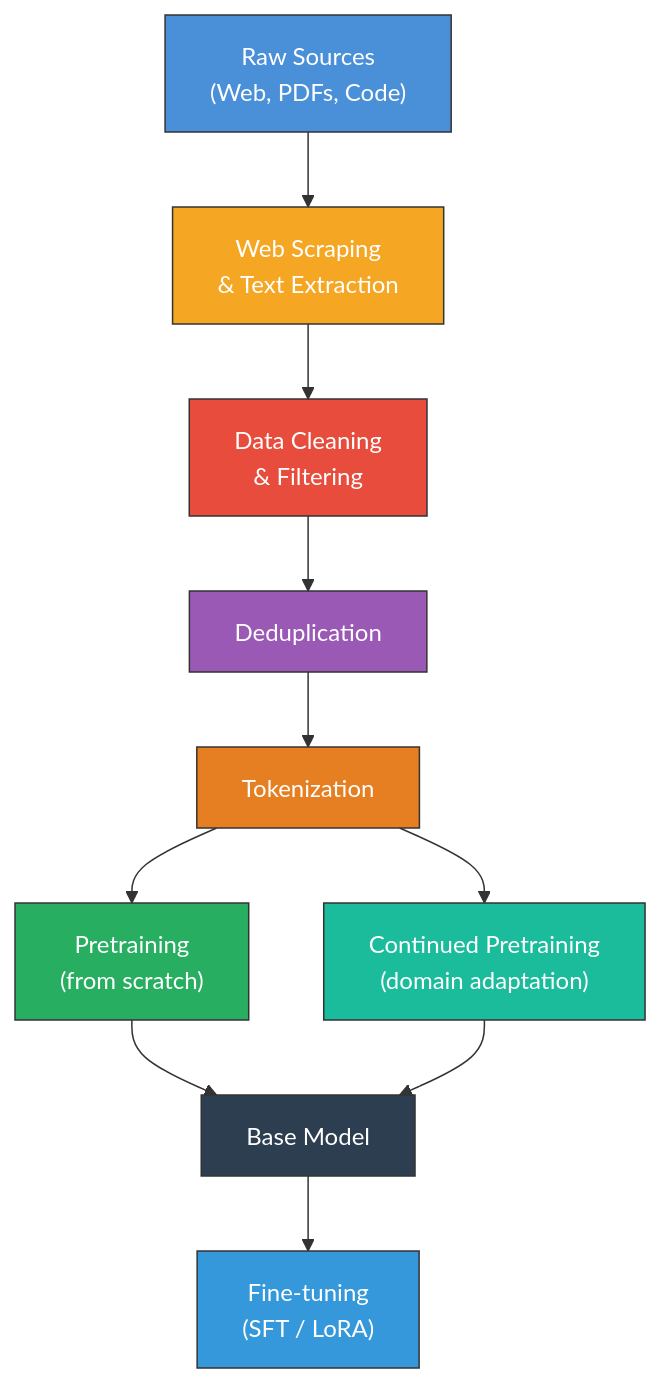
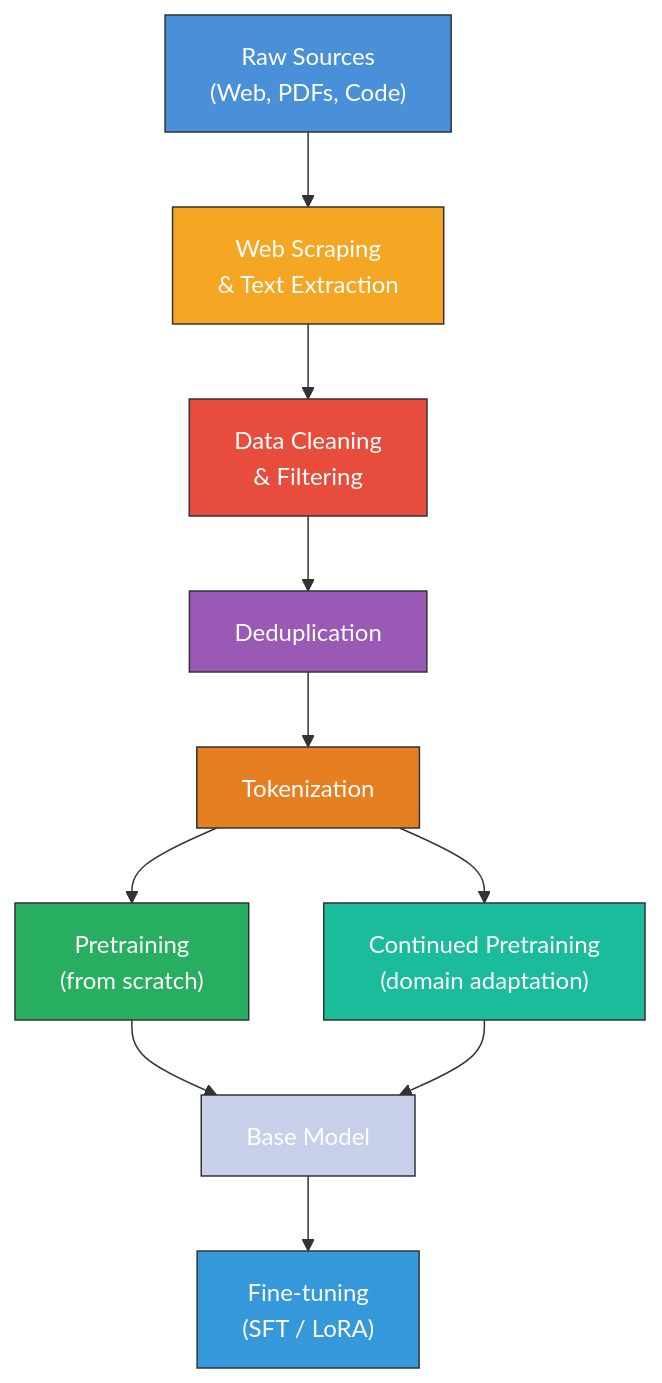
The first of 9 diagrams in posts/llm/Pre-training LLMs from Scratch.qmd (tanquangduong/tanquangduong.github.io), drawn with Mermaid before and after one commit. The commit also changed other lines of this file and 87 other files, not shown here.

````diff
--- a/posts/llm/Pre-training LLMs from Scratch.qmd
+++ b/posts/llm/Pre-training LLMs from Scratch.qmd
@@ -22,22 +22,22 @@
 ```{mermaid}
 graph TD
     A["Raw Sources<br/>(Web, PDFs, Code)"] --> B["Web Scraping<br/>& Text Extraction"]
     B --> C["Data Cleaning<br/>& Filtering"]
     C --> D["Deduplication"]
     D --> E["Tokenization"]
     E --> F["Pretraining<br/>(from scratch)"]
     E --> G["Continued Pretraining<br/>(domain adaptation)"]
     F --> H["Base Model"]
     G --> H
     H --> I["Fine-tuning<br/>(SFT / LoRA)"]
 
     style A fill:#4a90d9,color:#fff,stroke:#333
     style B fill:#f5a623,color:#fff,stroke:#333
     style C fill:#e74c3c,color:#fff,stroke:#333
     style D fill:#9b59b6,color:#fff,stroke:#333
     style E fill:#e67e22,color:#fff,stroke:#333
     style F fill:#27ae60,color:#fff,stroke:#333
     style G fill:#1abc9c,color:#fff,stroke:#333
-    style H fill:#2c3e50,color:#fff,stroke:#333
+    style H fill:#C8CFEA,color:#fff,stroke:#333
     style I fill:#3498db,color:#fff,stroke:#333
 ```
````
